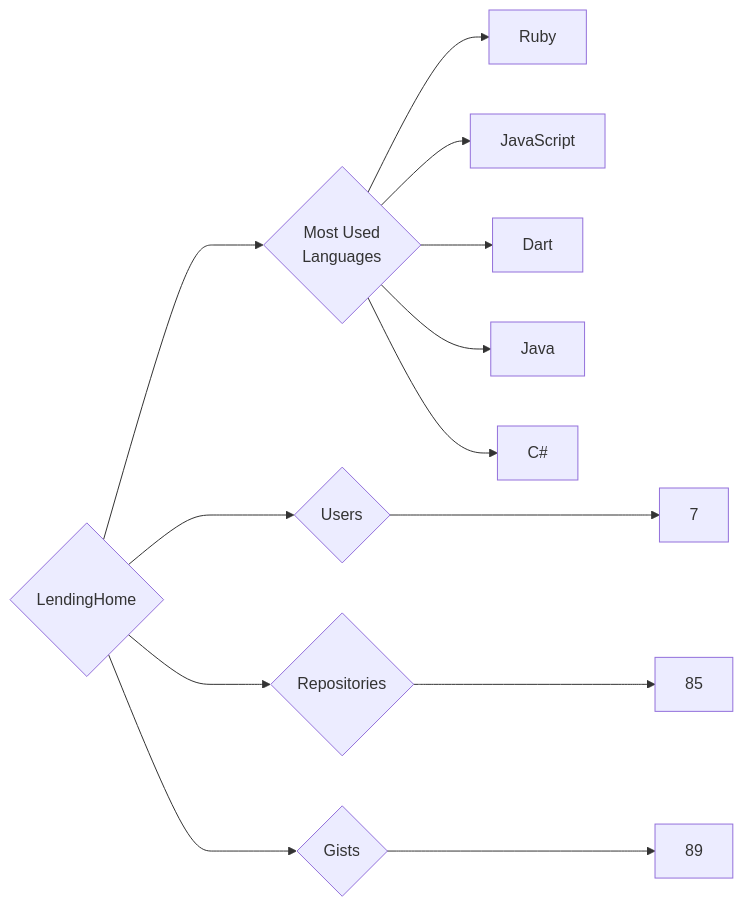
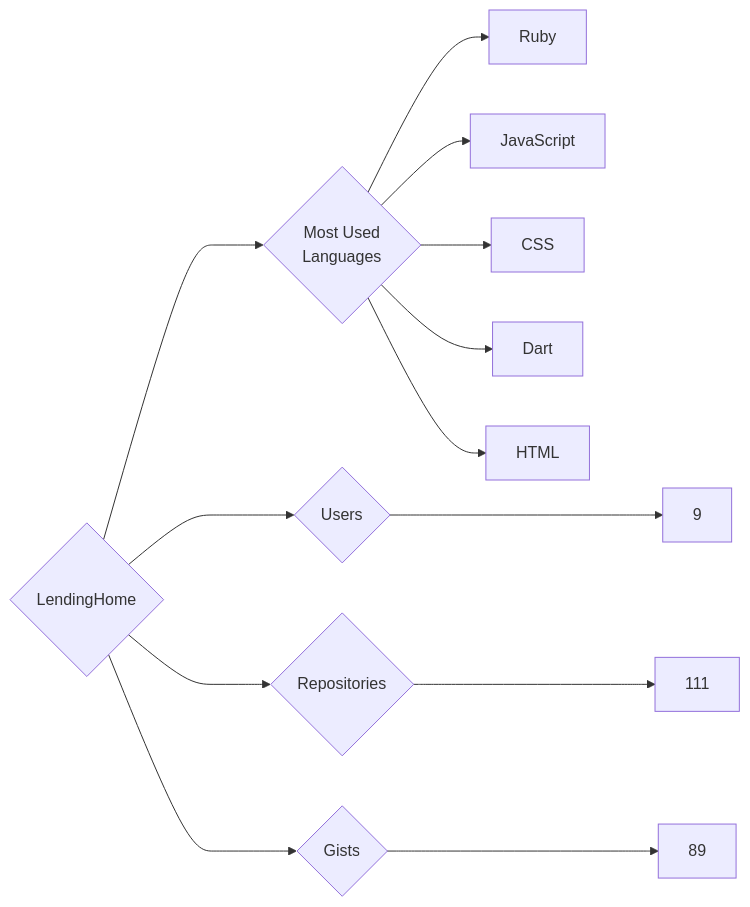
Before and after one commit to trickest/insiders: the diagram in targets/LendingHome/README.md, drawn with Mermaid. The commit also changed 934 other files, not shown here.

````diff
--- a/targets/LendingHome/README.md
+++ b/targets/LendingHome/README.md
@@ -3,13 +3,13 @@
 ```mermaid
 graph LR
 COMPANY_NAME{LendingHome}
-COMPANY_NAME ---> U{Users} ---> UN[7]
-COMPANY_NAME ---> R{Repositories} ---> RN[85]
+COMPANY_NAME ---> U{Users} ---> UN[9]
+COMPANY_NAME ---> R{Repositories} ---> RN[111]
 COMPANY_NAME ---> G{Gists} ---> GN[89]
 COMPANY_NAME ---> ML{Most Used<br>Languages}
 ML --> Ruby[Ruby]
 ML --> JavaScript[JavaScript]
+ML --> CSS[CSS]
 ML --> Dart[Dart]
-ML --> Java[Java]
-ML --> C#[C#]
+ML --> HTML[HTML]
 ```
````
